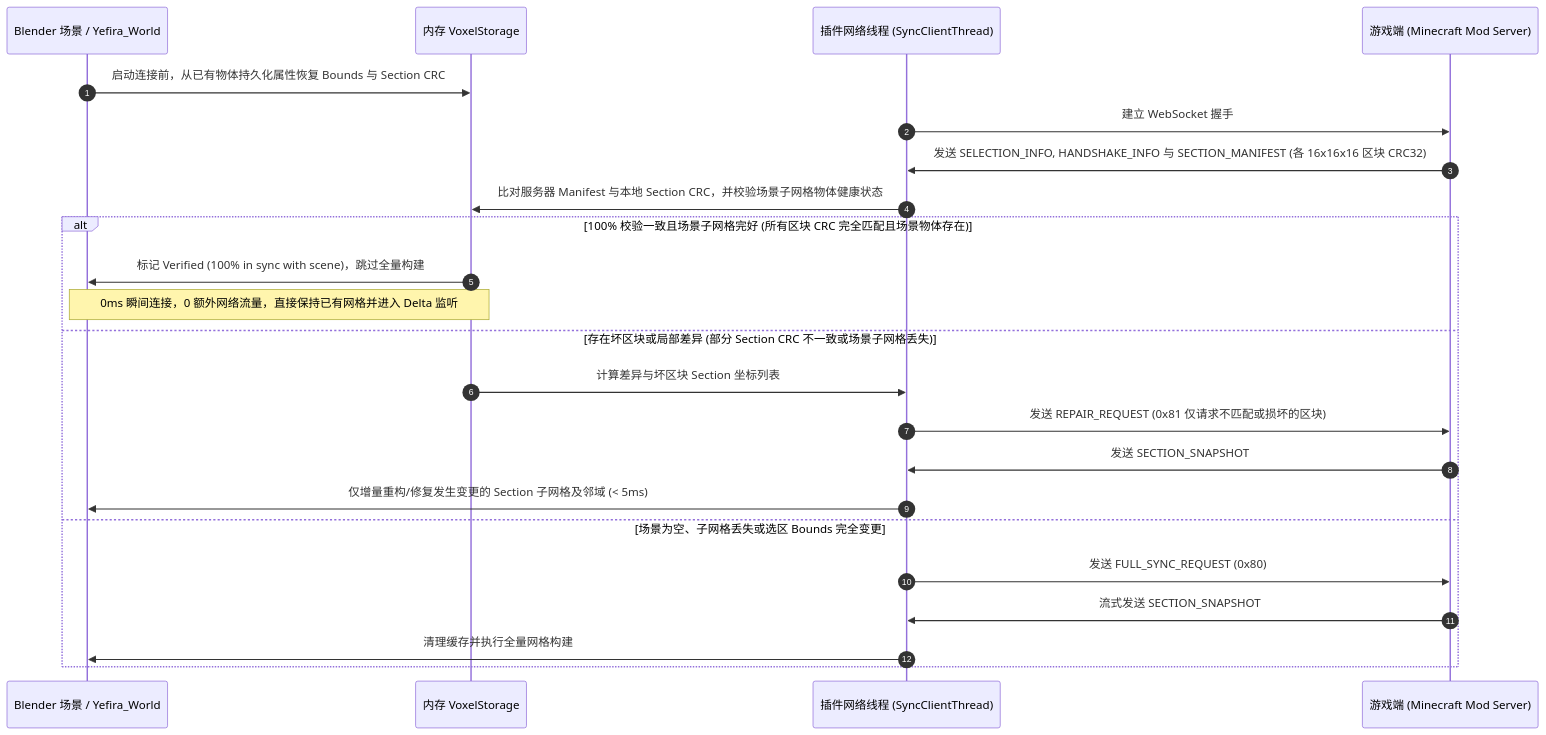
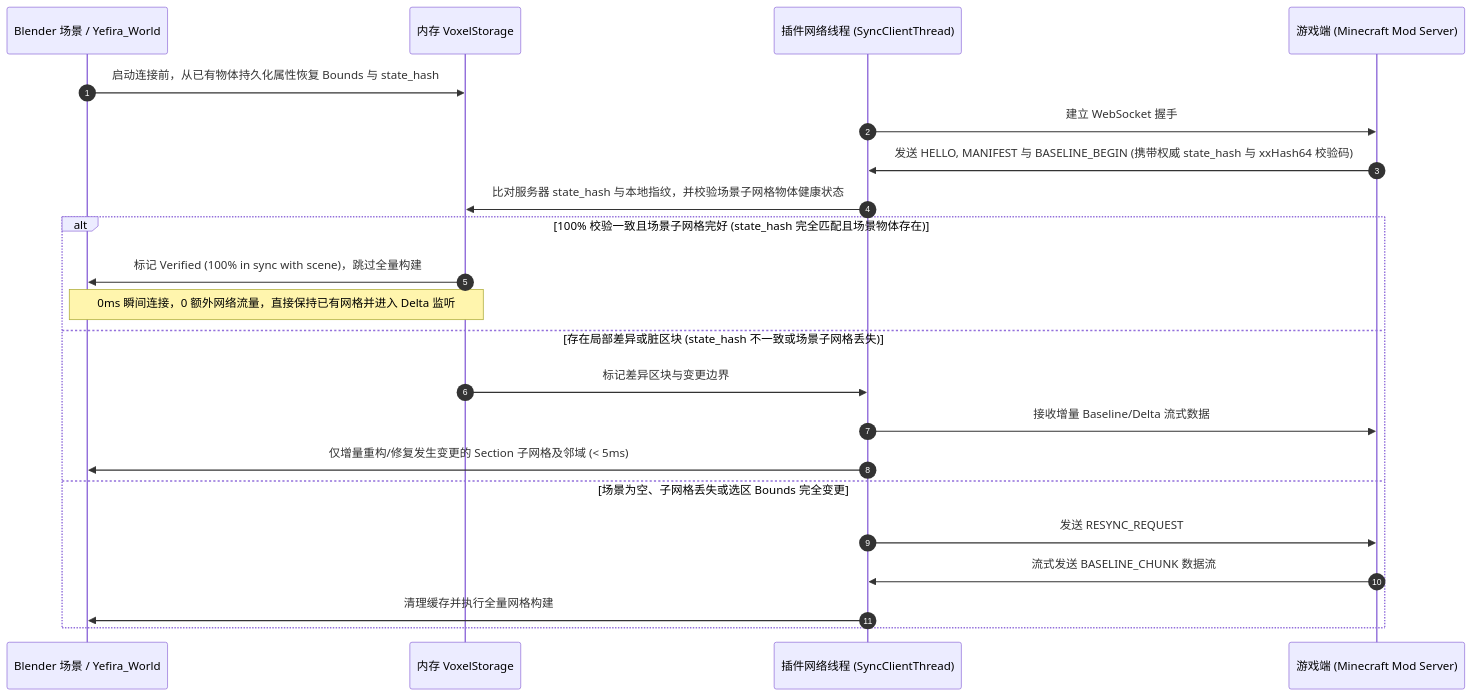
The first of 2 diagrams in docs/live_sync/live_sync_architecture.md (mozi1924/MoziToolKit), drawn with Mermaid before and after one commit. The commit also changed other lines of this file, not shown here.

Commit message:
docs: update live sync architecture documentation

````diff
--- a/docs/live_sync/live_sync_architecture.md
+++ b/docs/live_sync/live_sync_architecture.md
@@ -51,27 +51,26 @@
 ```mermaid
 sequenceDiagram
     autonumber
     participant Scene as Blender 场景 / Yefira_World
     participant Storage as 内存 VoxelStorage
     participant Client as 插件网络线程 (SyncClientThread)
     participant Server as 游戏端 (Minecraft Mod Server)
 
-    Scene->>Storage: 启动连接前，从已有物体持久化属性恢复 Bounds 与 Section CRC
+    Scene->>Storage: 启动连接前，从已有物体持久化属性恢复 Bounds 与 state_hash
     Client->>Server: 建立 WebSocket 握手
-    Server->>Client: 发送 SELECTION_INFO, HANDSHAKE_INFO 与 SECTION_MANIFEST (各 16x16x16 区块 CRC32)
-    Client->>Storage: 比对服务器 Manifest 与本地 Section CRC，并校验场景子网格物体健康状态
+    Server->>Client: 发送 HELLO, MANIFEST 与 BASELINE_BEGIN (携带权威 state_hash 与 xxHash64 校验码)
+    Client->>Storage: 比对服务器 state_hash 与本地指纹，并校验场景子网格物体健康状态
     
-    alt 100% 校验一致且场景子网格完好 (所有区块 CRC 完全匹配且场景物体存在)
+    alt 100% 校验一致且场景子网格完好 (state_hash 完全匹配且场景物体存在)
         Storage->>Scene: 标记 Verified (100% in sync with scene)，跳过全量构建
         Note over Scene,Storage: 0ms 瞬间连接，0 额外网络流量，直接保持已有网格并进入 Delta 监听
-    else 存在坏区块或局部差异 (部分 Section CRC 不一致或场景子网格丢失)
-        Storage->>Client: 计算差异与坏区块 Section 坐标列表
-        Client->>Server: 发送 REPAIR_REQUEST (0x81 仅请求不匹配或损坏的区块)
-        Server->>Client: 发送 SECTION_SNAPSHOT
+    else 存在局部差异或脏区块 (state_hash 不一致或场景子网格丢失)
+        Storage->>Client: 标记差异区块与变更边界
+        Client->>Server: 接收增量 Baseline/Delta 流式数据
         Client->>Scene: 仅增量重构/修复发生变更的 Section 子网格及邻域 (< 5ms)
     else 场景为空、子网格丢失或选区 Bounds 完全变更
-        Client->>Server: 发送 FULL_SYNC_REQUEST (0x80)
-        Server->>Client: 流式发送 SECTION_SNAPSHOT
+        Client->>Server: 发送 RESYNC_REQUEST
+        Server->>Client: 流式发送 BASELINE_CHUNK 数据流
         Client->>Scene: 清理缓存并执行全量网格构建
     end
 ```
````
